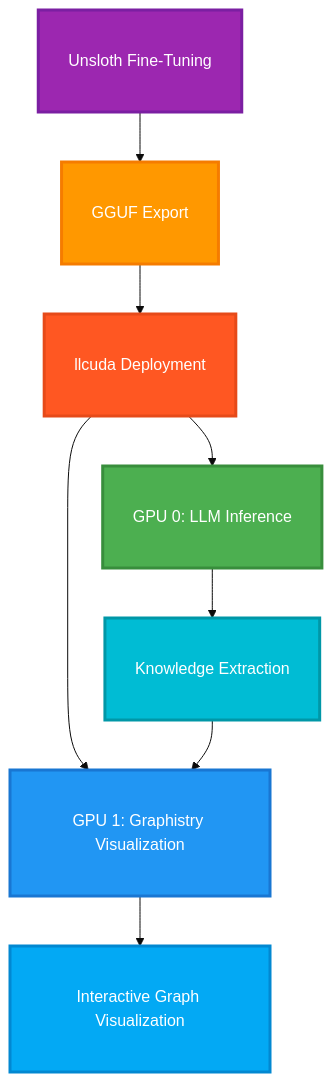
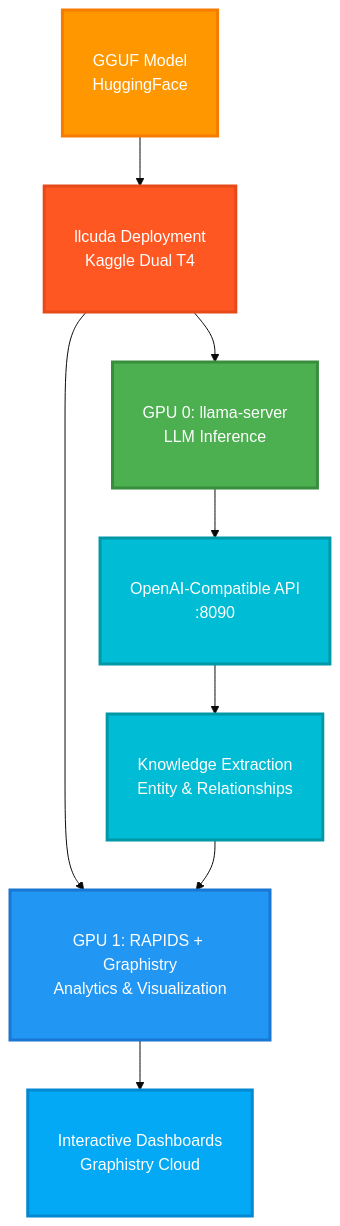
The diagram in docs/index.md (llcuda/llcuda.github.io), drawn with Mermaid before and after one commit. The commit also changed 3 other files, not shown here.

First line of the commit message:
feat: Update to v2.2.0 with improved core architecture diagram and SEO

````diff
--- a/docs/index.md
+++ b/docs/index.md
@@ -65,21 +65,21 @@
 ```mermaid
 %%{init: {'theme':'base', 'themeVariables': {'fontSize':'18px'}}}%%
 graph TD
-    A[Unsloth Fine-Tuning] --> B[GGUF Export]
-    B --> C[llcuda Deployment]
-    C --> D[GPU 0: LLM Inference]
-    C --> E[GPU 1: Graphistry Visualization]
-    D --> F[Knowledge Extraction]
-    F --> E
-    E --> G[Interactive Graph Visualization]
+    A[GGUF Model<br/>HuggingFace] --> B[llcuda Deployment<br/>Kaggle Dual T4]
+    B --> C[GPU 0: llama-server<br/>LLM Inference]
+    B --> D[GPU 1: RAPIDS + Graphistry<br/>Analytics & Visualization]
+    C --> E[OpenAI-Compatible API<br/>:8090]
+    E --> F[Knowledge Extraction<br/>Entity & Relationships]
+    F --> D
+    D --> G[Interactive Dashboards<br/>Graphistry Cloud]
 
-    style A fill:#9C27B0,stroke:#7B1FA2,stroke-width:3px,color:#fff
-    style B fill:#FF9800,stroke:#F57C00,stroke-width:3px,color:#fff
-    style C fill:#FF5722,stroke:#E64A19,stroke-width:3px,color:#fff
-    style D fill:#4CAF50,stroke:#388E3C,stroke-width:3px,color:#fff
-    style E fill:#2196F3,stroke:#1976D2,stroke-width:3px,color:#fff
+    style A fill:#FF9800,stroke:#F57C00,stroke-width:3px,color:#fff
+    style B fill:#FF5722,stroke:#E64A19,stroke-width:3px,color:#fff
+    style C fill:#4CAF50,stroke:#388E3C,stroke-width:3px,color:#fff
+    style D fill:#2196F3,stroke:#1976D2,stroke-width:3px,color:#fff
+    style E fill:#00BCD4,stroke:#0097A7,stroke-width:3px,color:#fff
     style F fill:#00BCD4,stroke:#0097A7,stroke-width:3px,color:#fff
     style G fill:#03A9F4,stroke:#0288D1,stroke-width:3px,color:#fff
 
     classDef default font-size:16px,padding:15px
 ```
````
